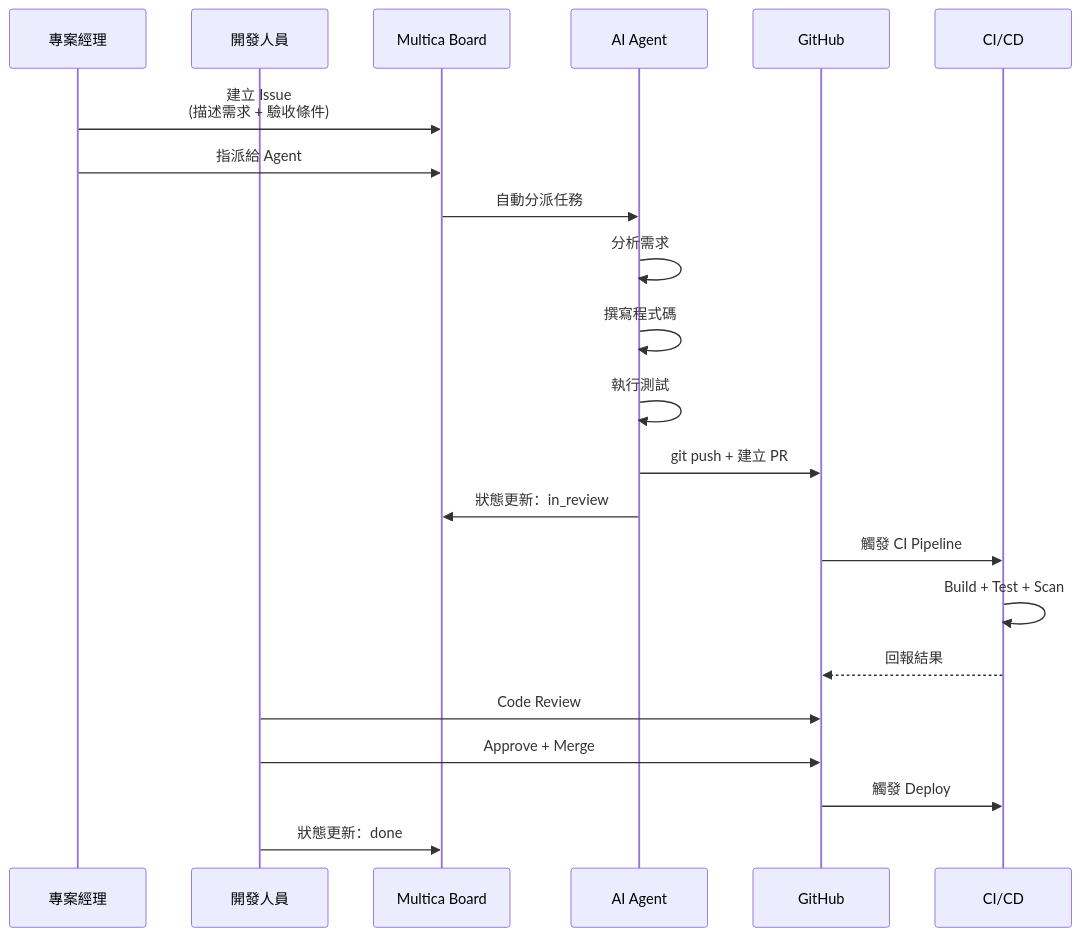
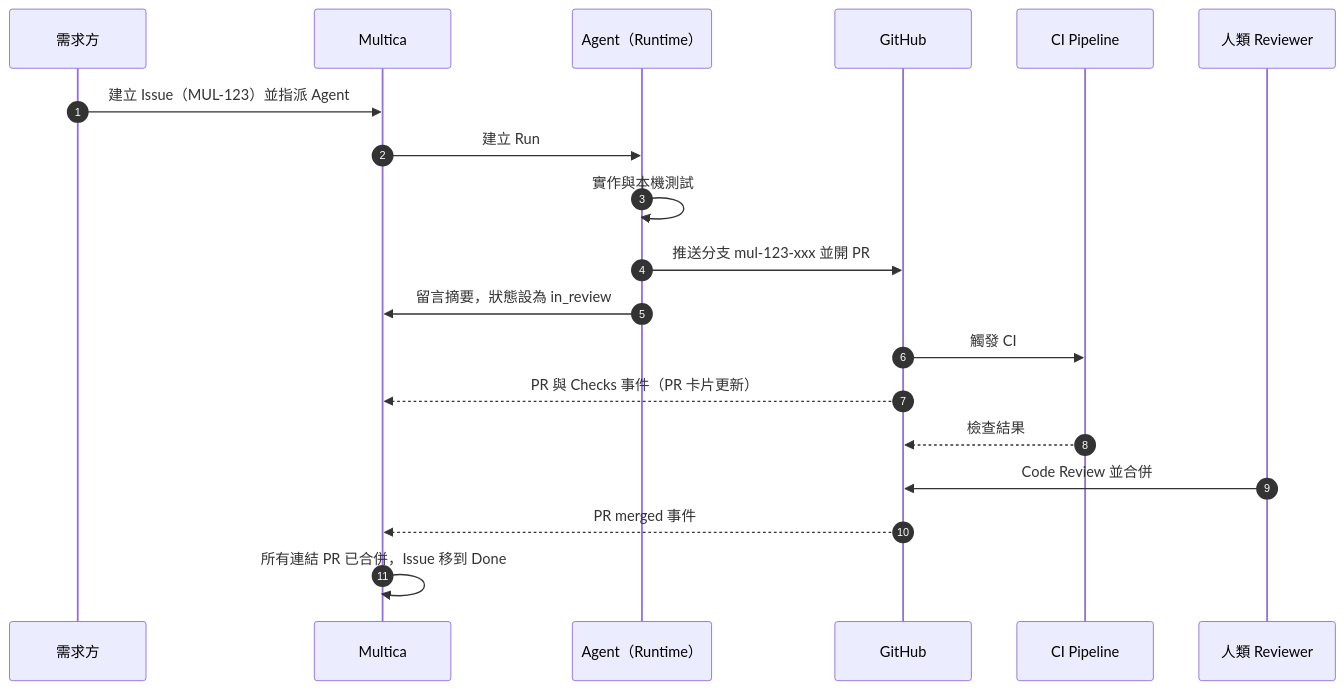
One commit to chihhung/Blog changed diagram 12 of 17 in content/posts/教學/AI開發/Multica 教學手冊.md. Above: the diagram before and after it, drawn with Mermaid. The commit also changed other lines of this file and 1 other file, not shown here.

````diff
--- a/content/posts/教學/AI開發/Multica 教學手冊.md
+++ b/content/posts/教學/AI開發/Multica 教學手冊.md
@@ -1547,28 +4020,21 @@
 ```mermaid
 sequenceDiagram
-    participant PM as 專案經理
-    participant DEV as 開發人員
-    participant Board as Multica Board
-    participant Agent as AI Agent
+    autonumber
+    participant PM as 需求方
+    participant MC as Multica
+    participant AG as Agent（Runtime）
     participant GH as GitHub
-    participant CI as CI/CD
-
-    PM->>Board: 建立 Issue<br/>(描述需求 + 驗收條件)
-    PM->>Board: 指派給 Agent
-
-    Board->>Agent: 自動分派任務
-    Agent->>Agent: 分析需求
-    Agent->>Agent: 撰寫程式碼
-    Agent->>Agent: 執行測試
-    Agent->>GH: git push + 建立 PR
-    Agent->>Board: 狀態更新：in_review
-
-    GH->>CI: 觸發 CI Pipeline
-    CI->>CI: Build + Test + Scan
-    CI-->>GH: 回報結果
-
-    DEV->>GH: Code Review
-    DEV->>GH: Approve + Merge
-    GH->>CI: 觸發 Deploy
-    DEV->>Board: 狀態更新：done
+    participant CI as CI Pipeline
+    participant RV as 人類 Reviewer
+    PM->>MC: 建立 Issue（MUL-123）並指派 Agent
+    MC->>AG: 建立 Run
+    AG->>AG: 實作與本機測試
+    AG->>GH: 推送分支 mul-123-xxx 並開 PR
+    AG->>MC: 留言摘要，狀態設為 in_review
+    GH->>CI: 觸發 CI
+    GH-->>MC: PR 與 Checks 事件（PR 卡片更新）
+    CI-->>GH: 檢查結果
+    RV->>GH: Code Review 並合併
+    GH-->>MC: PR merged 事件
+    MC->>MC: 所有連結 PR 已合併，Issue 移到 Done
 ```
````
